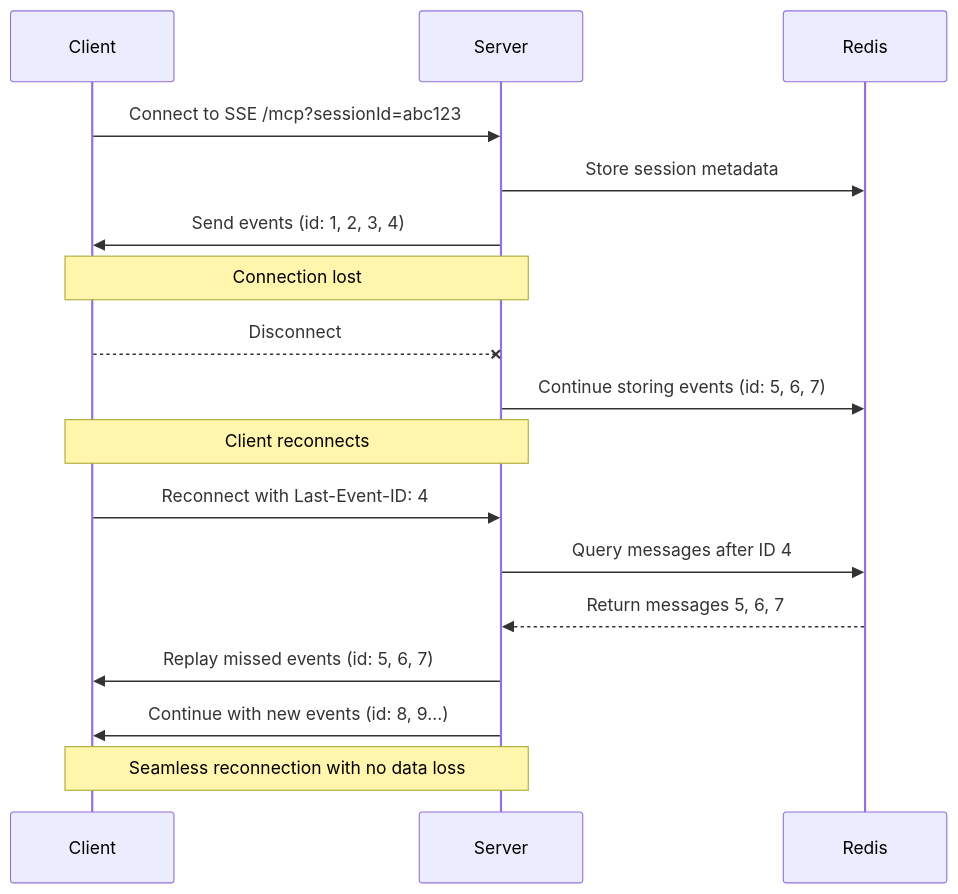
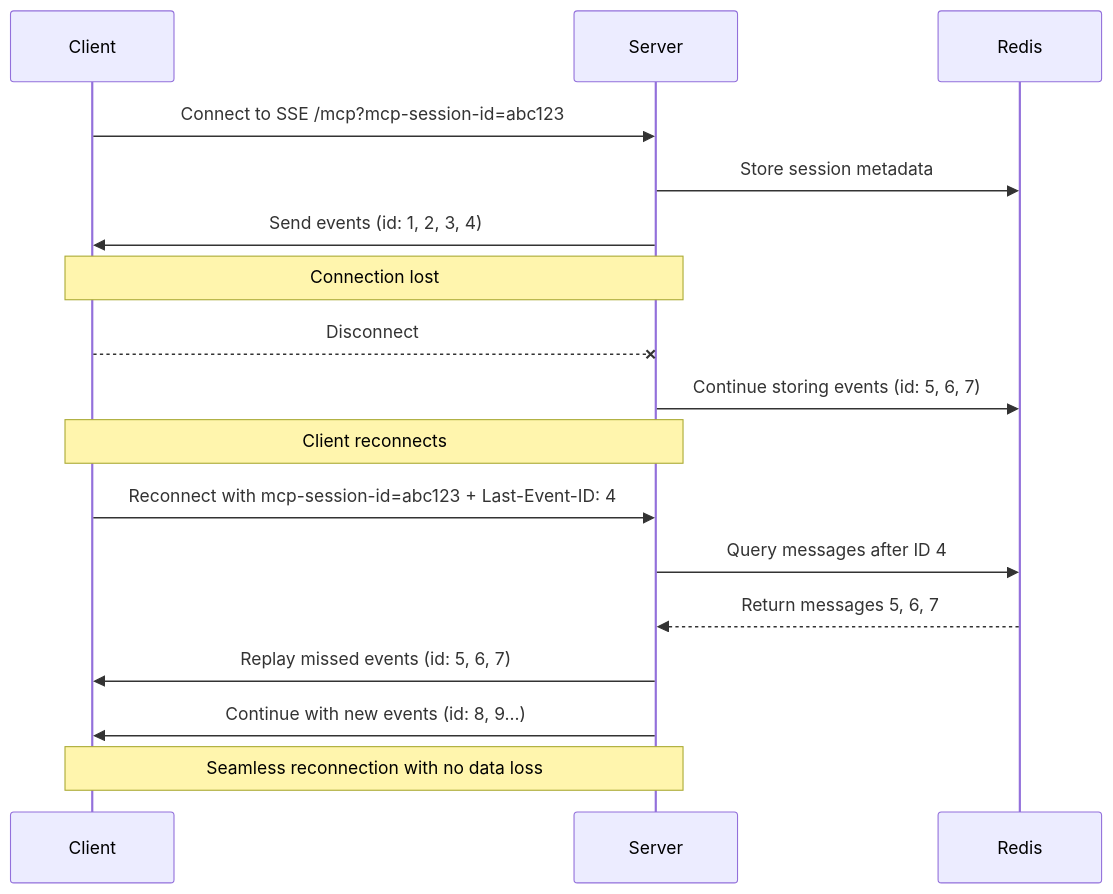
One commit to platformatic/mcp changed the first of 2 diagrams in BLOG.md. Above: the diagram before and after it, drawn with Mermaid.

Commit message:
Fix sequence diagram to use correct mcp-session-id parameter
Update SSE reconnection sequence diagram in BLOG.md to accurately reflect
the implementation, which uses mcp-session-id query parameter instead of
sessionId for session identification during reconnection.

🤖 Generated with [Claude Code](https://claude.ai/code)

````diff
--- a/BLOG.md
+++ b/BLOG.md
@@ -79,24 +79,24 @@
 ```mermaid
 sequenceDiagram
     participant Client
     participant Server
     participant Redis
     
-    Client->>Server: Connect to SSE /mcp?sessionId=abc123
+    Client->>Server: Connect to SSE /mcp?mcp-session-id=abc123
     Server->>Redis: Store session metadata
     Server->>Client: Send events (id: 1, 2, 3, 4)
     
     Note over Client,Server: Connection lost
     Client--xServer: Disconnect
     
     Server->>Redis: Continue storing events (id: 5, 6, 7)
     
     Note over Client,Server: Client reconnects
-    Client->>Server: Reconnect with Last-Event-ID: 4
+    Client->>Server: Reconnect with mcp-session-id=abc123 + Last-Event-ID: 4
     Server->>Redis: Query messages after ID 4
     Redis-->>Server: Return messages 5, 6, 7
     Server->>Client: Replay missed events (id: 5, 6, 7)
     Server->>Client: Continue with new events (id: 8, 9...)
     
     Note over Client,Server: Seamless reconnection with no data loss
 ```
````
